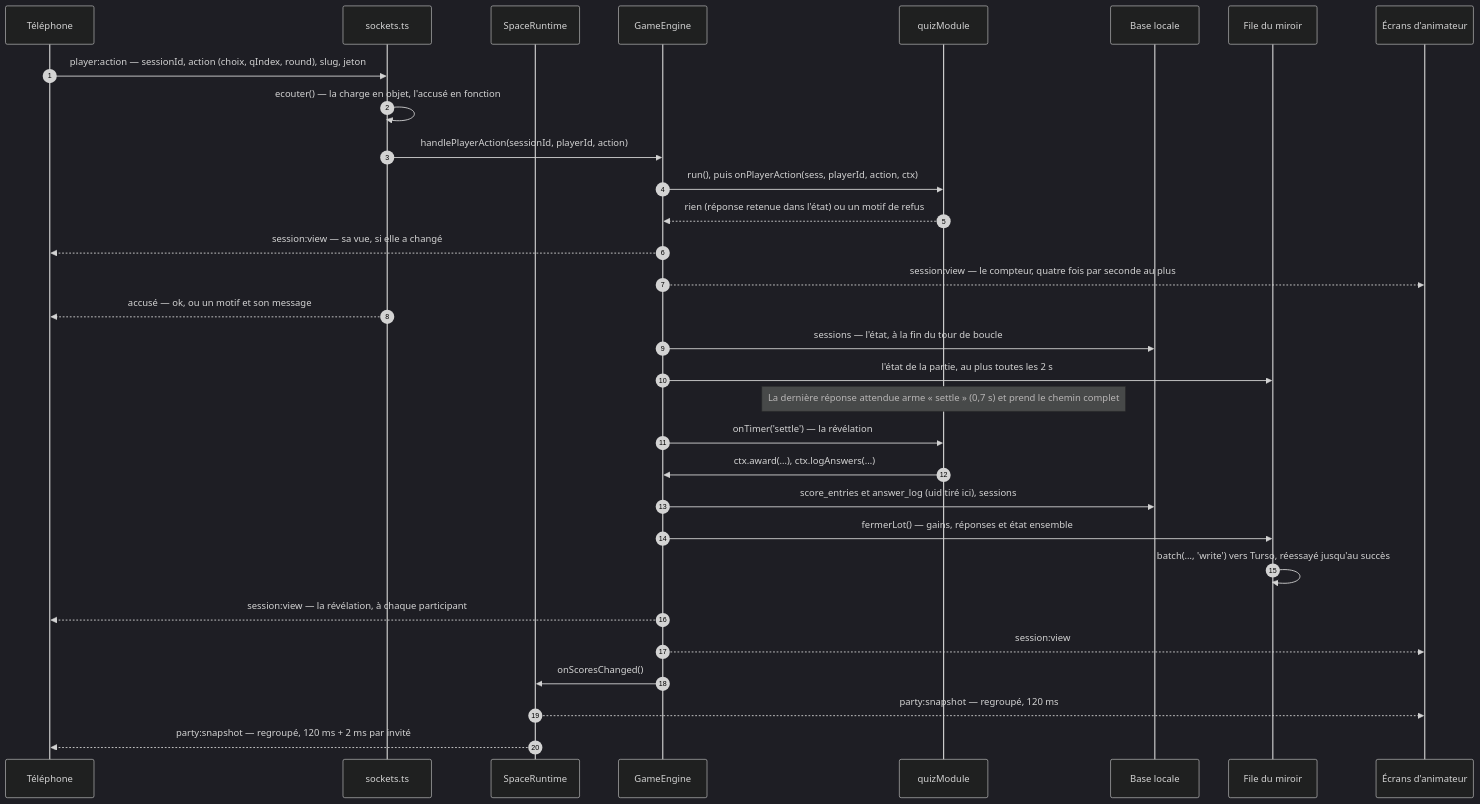
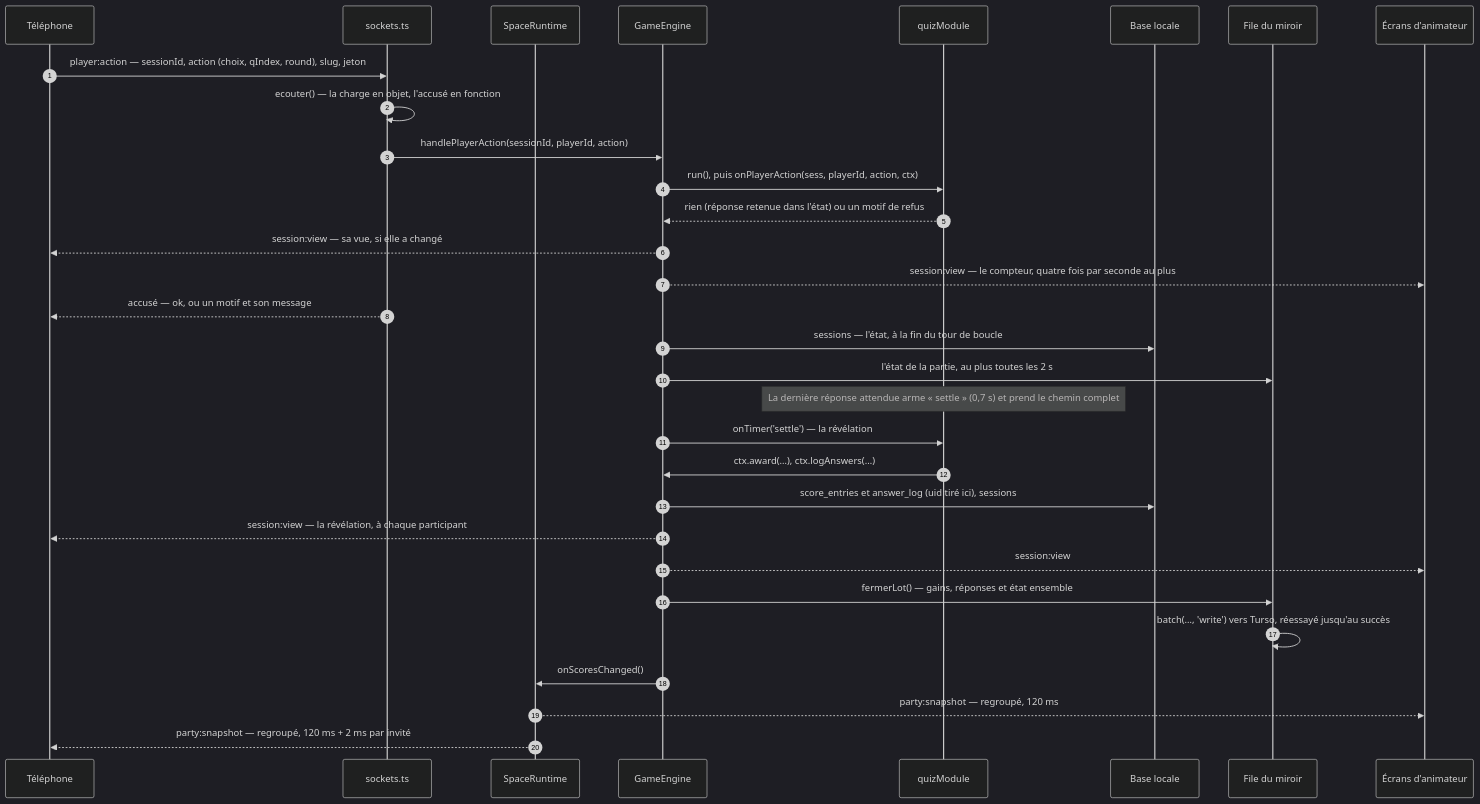
Before and after one commit to Maxilyas/FiestApp: the second of 2 diagrams in docs/architecture/vue-d-ensemble.md, drawn with Mermaid (dark theme). The commit also changed other lines of this file and 6 other files, not shown here.

First line of the commit message:
Documentation : la soirée, l'architecture et la contribution relues

````diff
--- a/docs/architecture/vue-d-ensemble.md
+++ b/docs/architecture/vue-d-ensemble.md
@@ -115,33 +115,33 @@
 ```mermaid
 sequenceDiagram
   autonumber
   participant T as Téléphone
   participant S as sockets.ts
   participant R as SpaceRuntime
   participant M as GameEngine
   participant Q as quizModule
   participant L as Base locale
   participant F as File du miroir
   participant E as Écrans d'animateur
   T->>S: player:action — sessionId, action (choix, qIndex, round), slug, jeton
   S->>S: ecouter() — la charge en objet, l'accusé en fonction
   S->>M: handlePlayerAction(sessionId, playerId, action)
   M->>Q: run(), puis onPlayerAction(sess, playerId, action, ctx)
   Q-->>M: rien (réponse retenue dans l'état) ou un motif de refus
   M-->>T: session:view — sa vue, si elle a changé
   M-->>E: session:view — le compteur, quatre fois par seconde au plus
   S-->>T: accusé — ok, ou un motif et son message
   M->>L: sessions — l'état, à la fin du tour de boucle
   M->>F: l'état de la partie, au plus toutes les 2 s
   Note over Q: La dernière réponse attendue arme « settle » (0,7 s) et prend le chemin complet
   M->>Q: onTimer('settle') — la révélation
   Q->>M: ctx.award(…), ctx.logAnswers(…)
   M->>L: score_entries et answer_log (uid tiré ici), sessions
+  M-->>T: session:view — la révélation, à chaque participant
+  M-->>E: session:view
   M->>F: fermerLot() — gains, réponses et état ensemble
   F->>F: batch(…, 'write') vers Turso, réessayé jusqu'au succès
-  M-->>T: session:view — la révélation, à chaque participant
-  M-->>E: session:view
   M->>R: onScoresChanged()
   R-->>E: party:snapshot — regroupé, 120 ms
   R-->>T: party:snapshot — regroupé, 120 ms + 2 ms par invité
 ```
````
